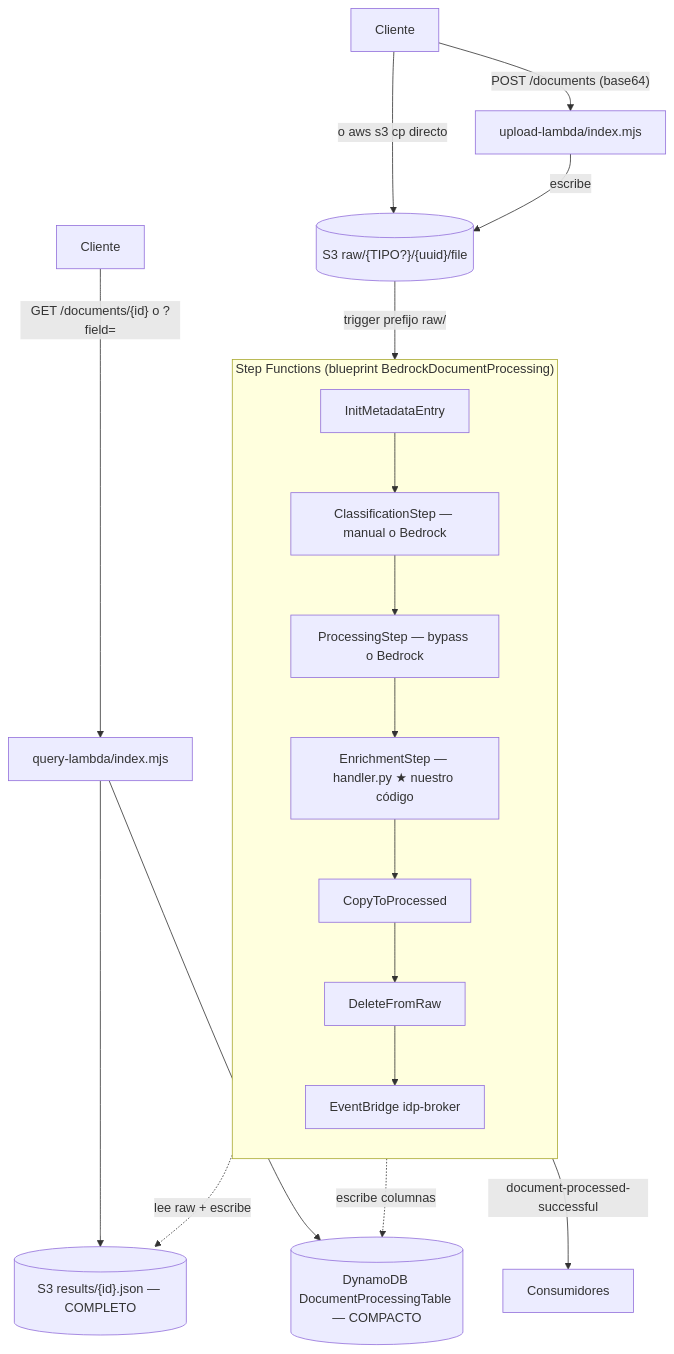
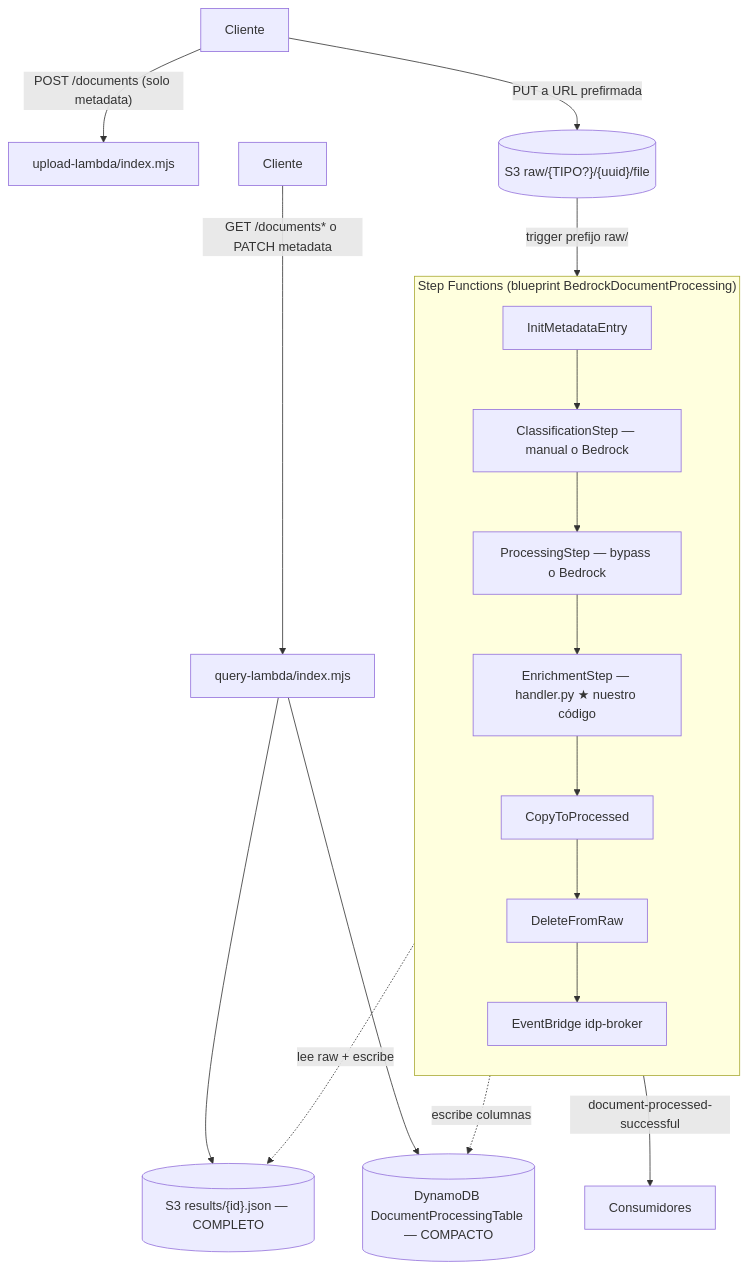
One commit to LuisHM5/idp changed the diagram in documentacion/FLUJO_EJECUCION.md. Above: the diagram before and after it, drawn with Mermaid. The commit also changed other lines of this file and 11 other files, not shown here.

Commit message:
feat: add PATCH /documents/{id}/metadata endpoint and enhance metadata handling

````diff
--- a/documentacion/FLUJO_EJECUCION.md
+++ b/documentacion/FLUJO_EJECUCION.md
@@ -12,23 +12,22 @@
 ```mermaid
 flowchart TD
-    U[Cliente] -->|"POST /documents (base64)"| UL[upload-lambda/index.mjs]
-    U -->|"o aws s3 cp directo"| S3RAW
-    UL -->|"escribe"| S3RAW[("S3 raw/{TIPO?}/{uuid}/file")]
+    U[Cliente] -->|"POST /documents (solo metadata)"| UL[upload-lambda/index.mjs]
+    U -->|"PUT a URL prefirmada"| S3RAW[("S3 raw/{TIPO?}/{uuid}/file")]
     S3RAW -->|"trigger prefijo raw/"| SFN
 
     subgraph SFN["Step Functions (blueprint BedrockDocumentProcessing)"]
       direction TB
       I[InitMetadataEntry] --> C["ClassificationStep — manual o Bedrock"]
       C --> P["ProcessingStep — bypass o Bedrock"]
       P --> E["EnrichmentStep — handler.py ★ nuestro código"]
       E --> CP[CopyToProcessed] --> DR[DeleteFromRaw] --> EB
     end
 
     E -.->|"lee raw + escribe"| S3RES[("S3 results/{id}.json — COMPLETO")]
     E -.->|"escribe columnas"| DDB[("DynamoDB DocumentProcessingTable — COMPACTO")]
     EB[EventBridge idp-broker] -->|"document-processed-successful"| CONS[Consumidores]
 
-    Q[Cliente] -->|"GET /documents/{id} o ?field="| QL[query-lambda/index.mjs]
+    Q[Cliente] -->|"GET /documents* o PATCH metadata"| QL[query-lambda/index.mjs]
     QL --> DDB
     QL --> S3RES
 ```
````
